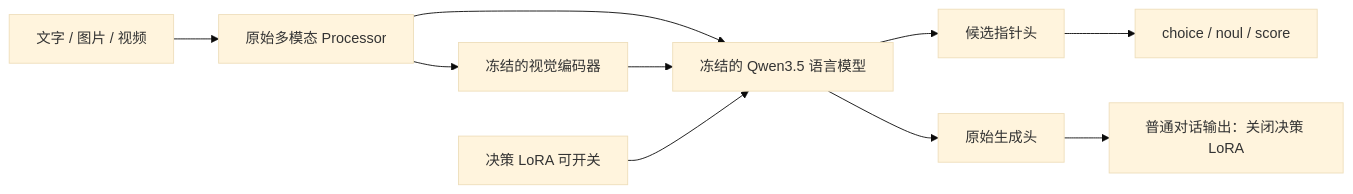
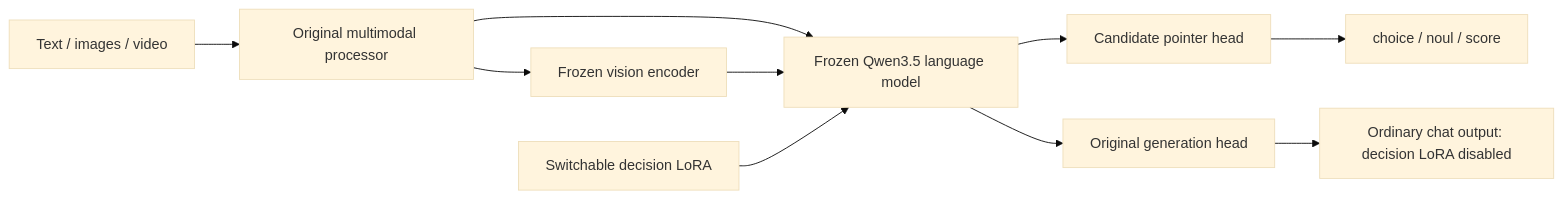
One commit to loadchange/qev changed the diagram in docs/ARCHITECTURE.md. Above: the diagram before and after it, drawn with Mermaid (base theme). The commit also changed other lines of this file and 54 other files, not shown here.

````diff
--- a/docs/ARCHITECTURE.md
+++ b/docs/ARCHITECTURE.md
@@ -10,12 +12,12 @@
 ```mermaid
 flowchart LR
-    X[文字 / 图片 / 视频] --> P[原始多模态 Processor]
-    P --> V[冻结的视觉编码器]
-    P --> L[冻结的 Qwen3.5 语言模型]
+    X[Text / images / video] --> P[Original multimodal processor]
+    P --> V[Frozen vision encoder]
+    P --> L[Frozen Qwen3.5 language model]
     V --> L
-    A[决策 LoRA 可开关] --> L
-    L --> H[候选指针头]
+    A[Switchable decision LoRA] --> L
+    L --> H[Candidate pointer head]
     H --> J[choice / noul / score]
-    L --> G[原始生成头]
-    G --> C[普通对话输出：关闭决策 LoRA]
+    L --> G[Original generation head]
+    G --> C[Ordinary chat output: decision LoRA disabled]
 ```
````
